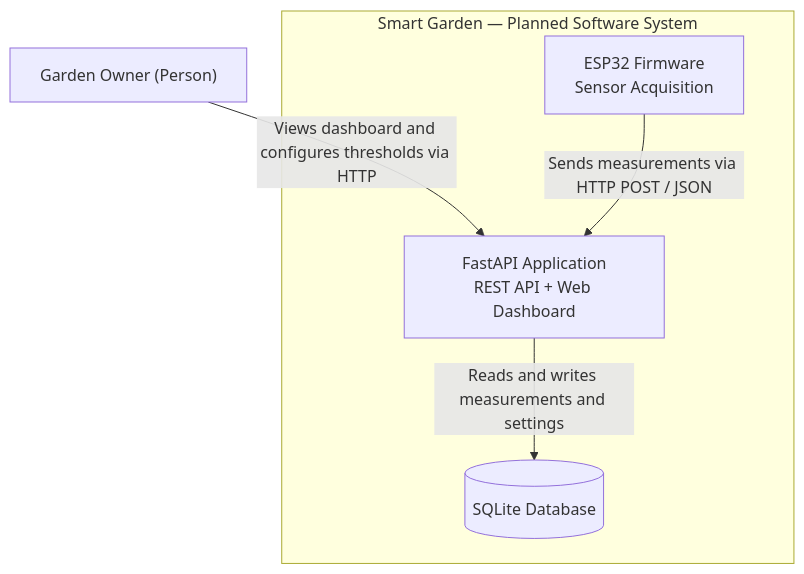
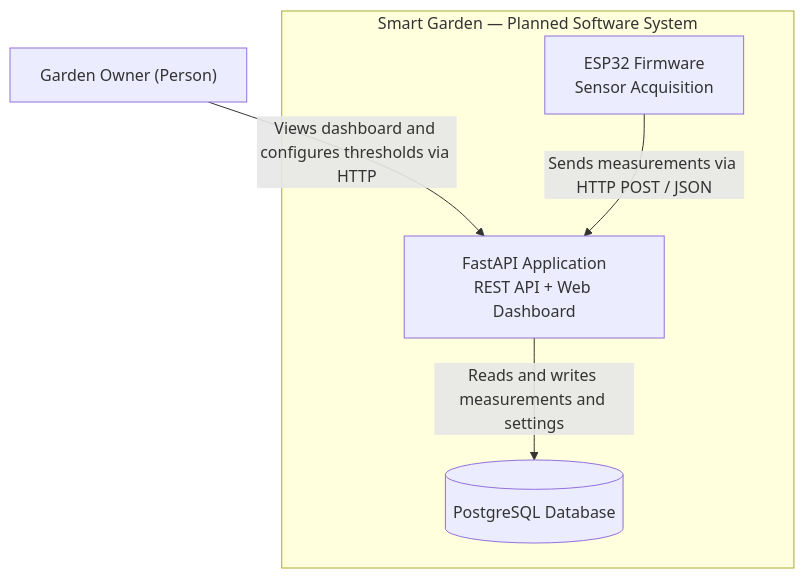
The diagram in docs/architecture/container-diagram.md (omnimrt/smart-garden), drawn with Mermaid before and after one commit. The commit also changed other lines of this file and 2 other files, not shown here.

Commit message:
docs: define v0.3 sensor data architecture (SG-16) (#3)

````diff
--- a/docs/architecture/container-diagram.md
+++ b/docs/architecture/container-diagram.md
@@ -7,14 +7,14 @@
 ```mermaid
 flowchart TB
     Owner["Garden Owner (Person)"]
 
     subgraph SG["Smart Garden — Planned Software System"]
         API["FastAPI Application<br/>REST API + Web Dashboard"]
-        DB[("SQLite Database")]
+        DB[("PostgreSQL Database")]
         ESP["ESP32 Firmware<br/>Sensor Acquisition"]
     end
 
     Owner -->|"Views dashboard and configures thresholds via HTTP"| API
     ESP -->|"Sends measurements via HTTP POST / JSON"| API
     API -->|"Reads and writes measurements and settings"| DB
 ```
````
